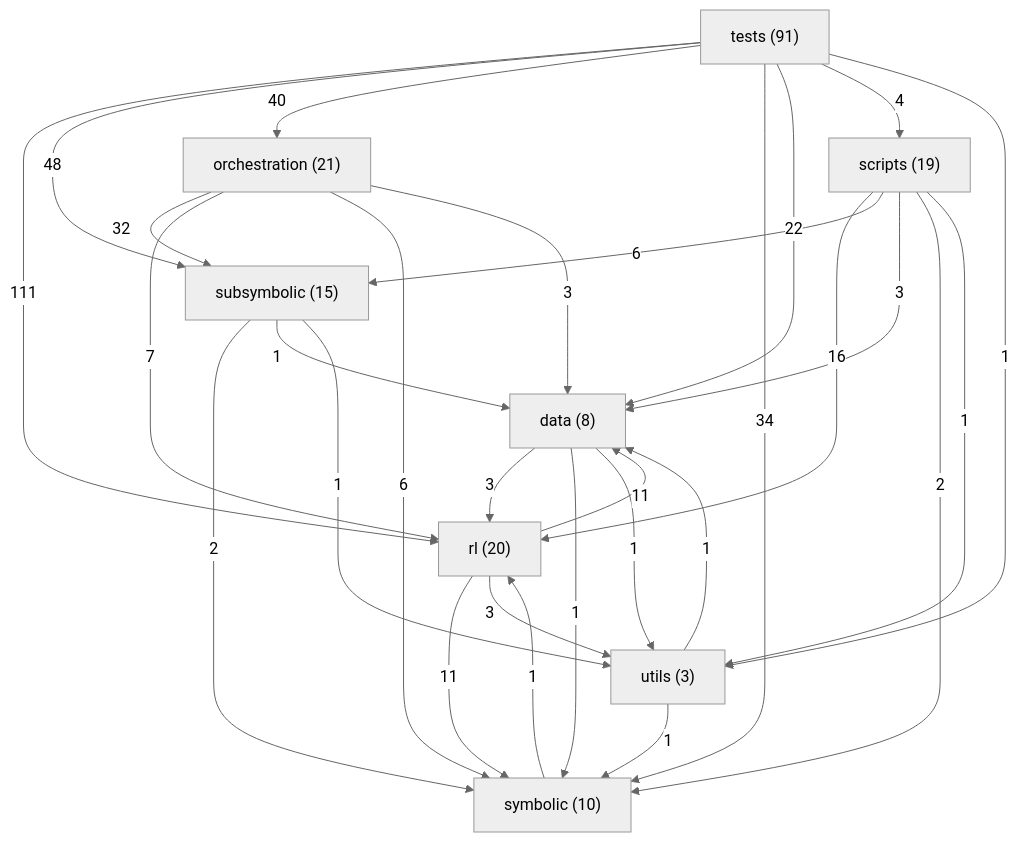
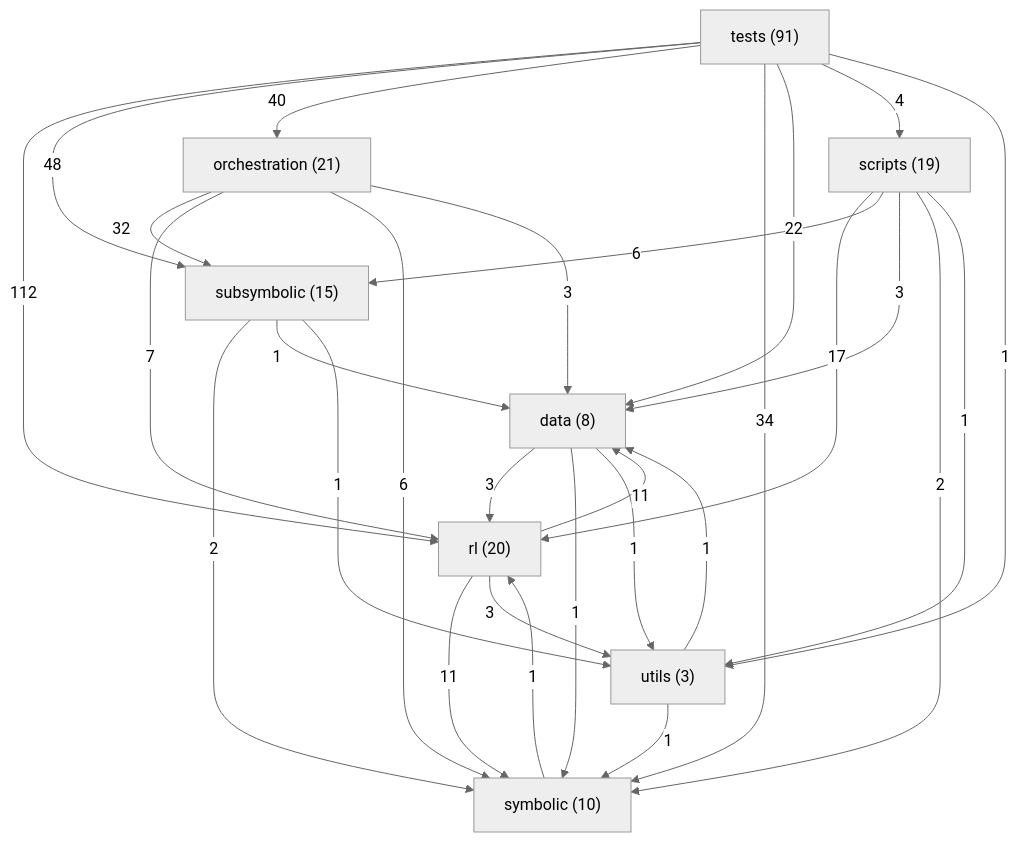
The diagram in ARCHITECTURE.md (danrd/ARC-AGI), drawn with Mermaid (neutral theme) before and after one commit. The commit also changed other lines of this file and 6 other files, not shown here.

````diff
--- a/ARCHITECTURE.md
+++ b/ARCHITECTURE.md
@@ -211,39 +211,39 @@
 ```mermaid
 graph TD
   data["data (8)"]
   orchestration["orchestration (21)"]
   rl["rl (20)"]
   scripts["scripts (19)"]
   subsymbolic["subsymbolic (15)"]
   symbolic["symbolic (10)"]
   tests["tests (91)"]
   utils["utils (3)"]
-  tests -->|111| rl
+  tests -->|112| rl
   tests -->|48| subsymbolic
   tests -->|40| orchestration
   tests -->|34| symbolic
   orchestration -->|32| subsymbolic
   tests -->|22| data
-  scripts -->|16| rl
+  scripts -->|17| rl
   rl -->|11| data
   rl -->|11| symbolic
   orchestration -->|7| rl
   orchestration -->|6| symbolic
   scripts -->|6| subsymbolic
   tests -->|4| scripts
   data -->|3| rl
   orchestration -->|3| data
   rl -->|3| utils
   scripts -->|3| data
   scripts -->|2| symbolic
   subsymbolic -->|2| symbolic
   data -->|1| symbolic
   data -->|1| utils
   scripts -->|1| utils
   subsymbolic -->|1| data
   subsymbolic -->|1| utils
   symbolic -->|1| rl
   tests -->|1| utils
   utils -->|1| data
   utils -->|1| symbolic
 ```
````
